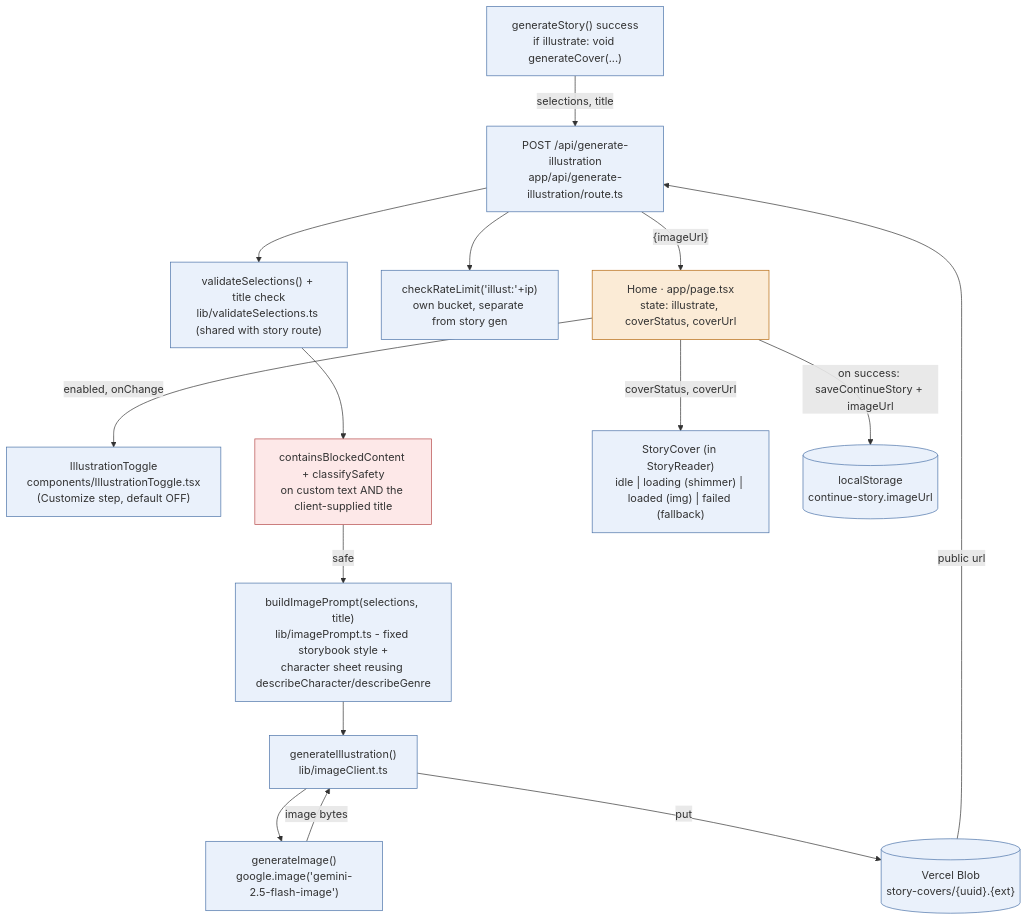
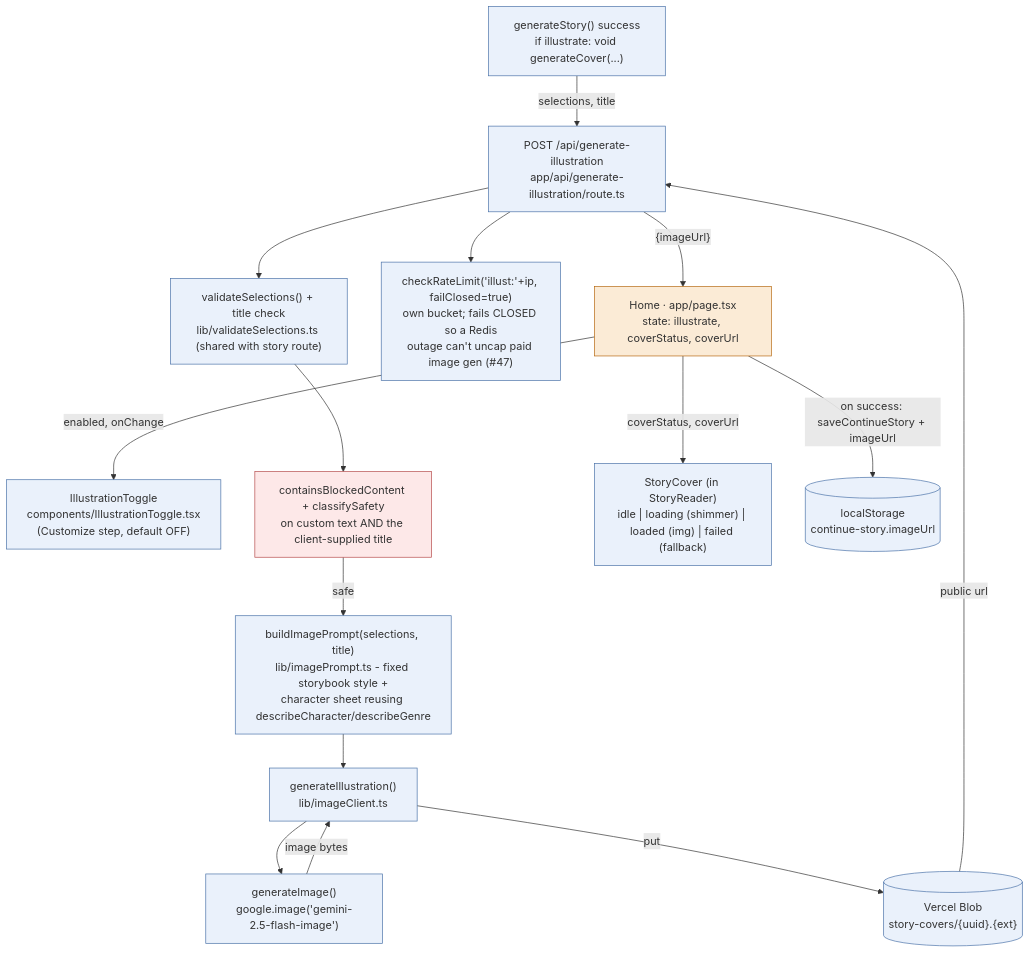
One commit to aio-studios/children-story-app changed the fifth of 7 diagrams in docs/architecture.md. Above: the diagram before and after it, drawn with Mermaid. The commit also changed other lines of this file and 6 other files, not shown here.

First line of the commit message:
Fix orphaned Blob cleanup (#46) + fail-closed image rate limit (#47)

````diff
--- a/docs/architecture.md
+++ b/docs/architecture.md
@@ -249,38 +249,38 @@
 ```mermaid
 graph TD
   Page["Home · app/page.tsx<br/>state: illustrate, coverStatus, coverUrl"]
   Toggle["IllustrationToggle<br/>components/IllustrationToggle.tsx<br/>(Customize step, default OFF)"]
   Gen["generateStory() success<br/>if illustrate: void generateCover(...)"]
   Route["POST /api/generate-illustration<br/>app/api/generate-illustration/route.ts"]
-  RateLimit["checkRateLimit('illust:'+ip)<br/>own bucket, separate from story gen"]
+  RateLimit["checkRateLimit('illust:'+ip, failClosed=true)<br/>own bucket; fails CLOSED so a Redis<br/>outage can't uncap paid image gen (#47)"]
   Validate["validateSelections() + title check<br/>lib/validateSelections.ts (shared with story route)"]
   Safety["containsBlockedContent + classifySafety<br/>on custom text AND the client-supplied title"]
   Prompt["buildImagePrompt(selections, title)<br/>lib/imagePrompt.ts - fixed storybook style +<br/>character sheet reusing describeCharacter/describeGenre"]
   ImgClient["generateIllustration()<br/>lib/imageClient.ts"]
   Gemini["generateImage()<br/>google.image('gemini-2.5-flash-image')"]
   Blob[("Vercel Blob<br/>story-covers/{uuid}.{ext}")]
   Cover["StoryCover (in StoryReader)<br/>idle | loading (shimmer) | loaded (img) | failed (fallback)"]
   LS[("localStorage<br/>continue-story.imageUrl")]
 
   Page -->|enabled, onChange| Toggle
   Gen -->|selections, title| Route
   Route --> RateLimit
   Route --> Validate
   Validate --> Safety
   Safety -->|safe| Prompt
   Prompt --> ImgClient
   ImgClient --> Gemini
   Gemini -->|image bytes| ImgClient
   ImgClient -->|put| Blob
   Blob -->|public url| Route
   Route -->|"{imageUrl}"| Page
   Page -->|coverStatus, coverUrl| Cover
   Page -->|on success: saveContinueStory + imageUrl| LS
 
   classDef stateful fill:#FBEBD6,stroke:#B5670E;
   classDef plain fill:#EAF1FB,stroke:#4A72A8;
   classDef safety fill:#FDE8E8,stroke:#B54A4A;
   class Page stateful;
   class Toggle,Gen,Route,RateLimit,Validate,Prompt,ImgClient,Gemini,Blob,Cover,LS plain;
   class Safety safety;
 ```
````
